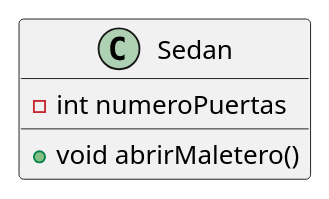
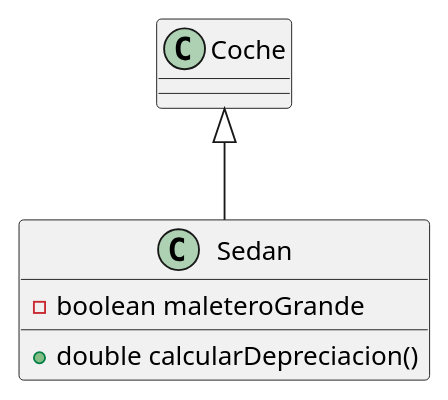
One commit to MsC254/UT5_ED_Prog changed the diagram in uml/Sedan.puml. Above: the diagram before and after it, drawn with PlantUML. The commit also changed 12 other files, not shown here.

Commit message:
Actualización de diagramas UML y archivos .puml

```diff
--- a/uml/Sedan.puml
+++ b/uml/Sedan.puml
@@ -1,7 +1,8 @@
 @startuml
-class Sedan {
-  - int numeroPuertas
 
-  + void abrirMaletero()
+class Sedan extends Coche {
+    - boolean maleteroGrande
+    + double calcularDepreciacion()
 }
+
 @enduml
```
